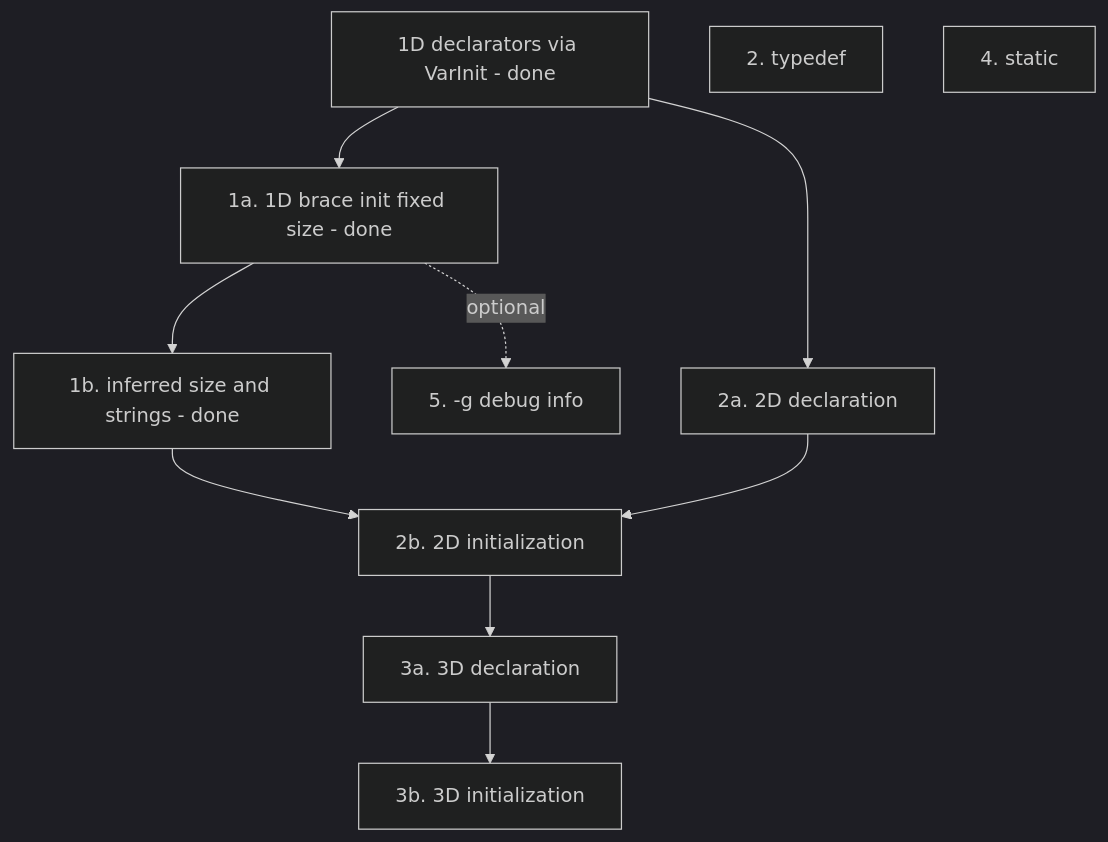
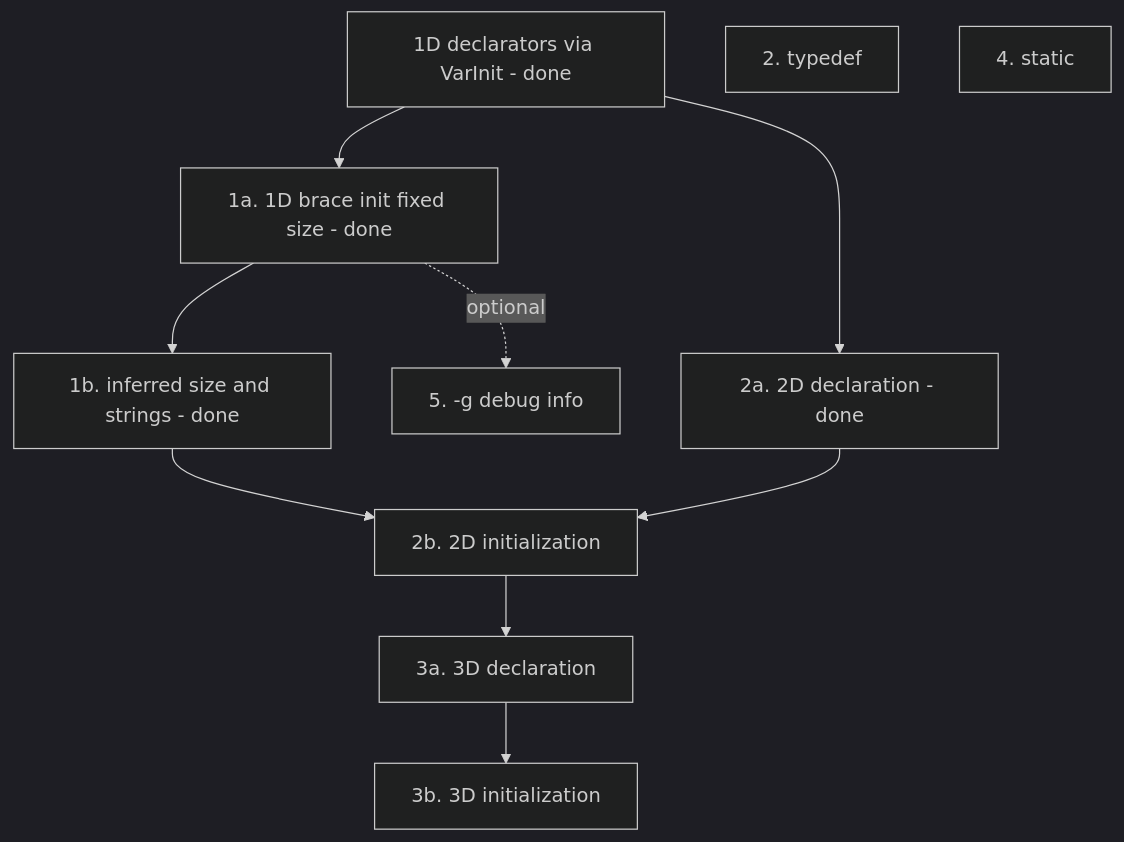
The diagram in docs/Roadmap.md (yanghuafang/lcc), drawn with Mermaid (dark theme) before and after one commit. The commit also changed other lines of this file and 7 other files, not shown here.

````diff
--- a/docs/Roadmap.md
+++ b/docs/Roadmap.md
@@ -44,23 +45,23 @@
 ```mermaid
 flowchart TD
   done[1D declarators via VarInit - done]
   init1a[1a. 1D brace init fixed size - done]
   init1b[1b. inferred size and strings - done]
   typedef[2. typedef]
-  md2a[2a. 2D declaration]
+  md2a[2a. 2D declaration - done]
   md2b[2b. 2D initialization]
   md3a[3a. 3D declaration]
   md3b[3b. 3D initialization]
   stat[4. static]
   dbg[5. -g debug info]
 
   done --> init1a --> init1b
   init1b --> md2b
   done --> md2a --> md2b
   md2b --> md3a --> md3b
   typedef
   stat
   dbg
 
   init1a -.->|optional| dbg
 ```
````
